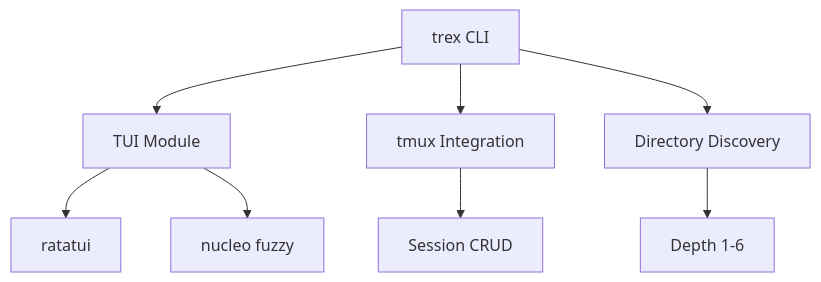
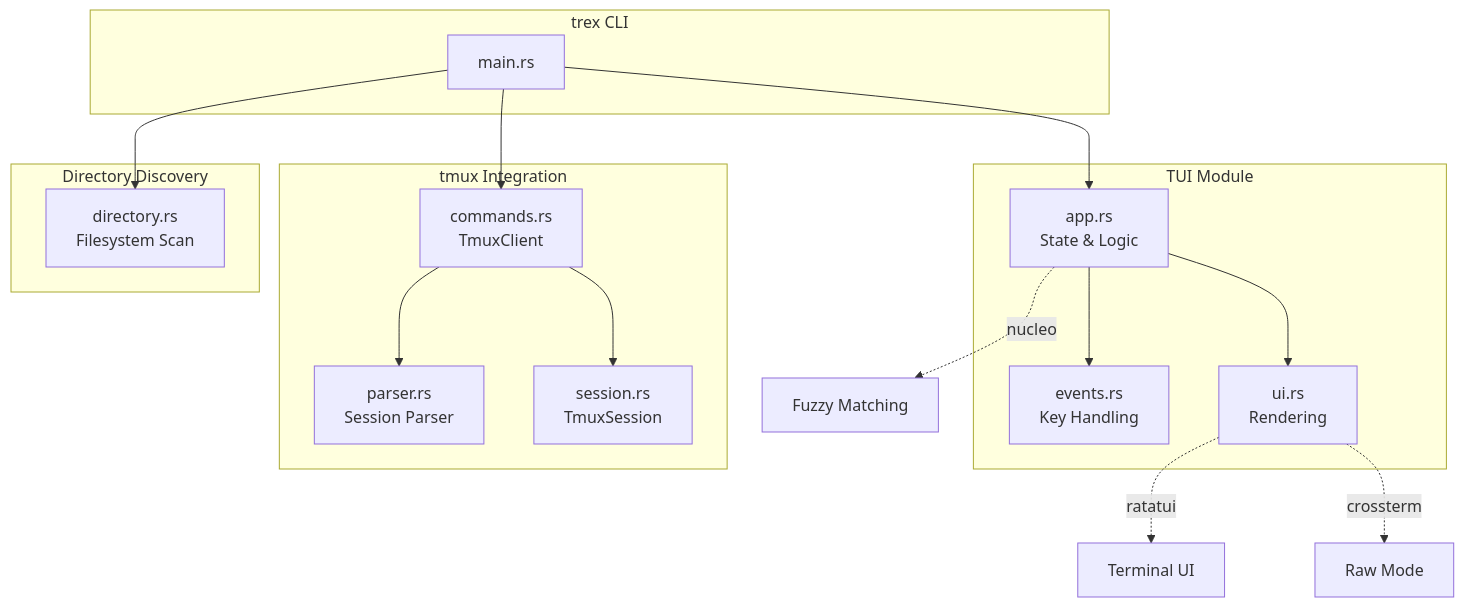
Before and after one commit to blackopsrepl/blackopsrepl: the diagram in content/Portfolio/trex/index.md, drawn with Mermaid. The commit also changed other lines of this file and 233 other files, not shown here.

```diff
--- a/content/Portfolio/trex/index.md
+++ b/content/Portfolio/trex/index.md
@@ -47,13 +185,36 @@
 {{< mermaid >}}
 graph TD
-    A["trex CLI"]
+    subgraph CLI["trex CLI"]
+        A[main.rs]
+    end
 
-    A --> B["TUI Module"]
-    A --> C["tmux Integration"]
-    A --> D["Directory Discovery"]
+    subgraph TUI["TUI Module"]
+        B[app.rs<br/>State & Logic]
+        C[events.rs<br/>Key Handling]
+        D[ui.rs<br/>Rendering]
+    end
 
-    B --> E["ratatui"]
-    B --> F["nucleo fuzzy"]
-    C --> G["Session CRUD"]
-    D --> H["Depth 1-6"]
+    subgraph TMUX["tmux Integration"]
+        E[commands.rs<br/>TmuxClient]
+        F[parser.rs<br/>Session Parser]
+        G[session.rs<br/>TmuxSession]
+    end
+
+    subgraph DISCO["Directory Discovery"]
+        H[directory.rs<br/>Filesystem Scan]
+    end
+
+    A --> B
+    A --> E
+    A --> H
+
+    B --> C
+    B --> D
+    B -.-> |nucleo| I[Fuzzy Matching]
+
+    E --> F
+    E --> G
+
+    D -.-> |ratatui| J[Terminal UI]
+    D -.-> |crossterm| K[Raw Mode]
 {{< /mermaid >}}
```
